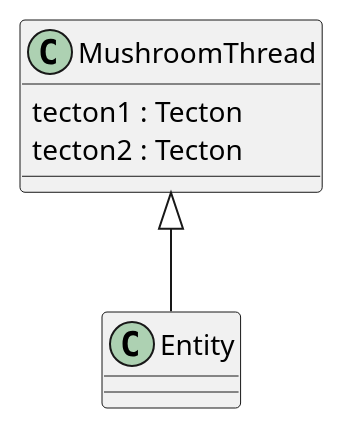
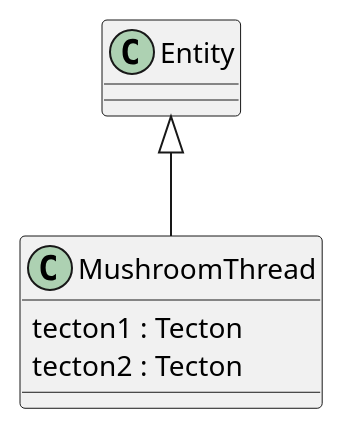
Before and after one commit to Petya-G/fungorium: the diagram in 3/classes/mushroomThread.puml, drawn with PlantUML.

Commit message:
#mushroomThread arrow fix

```diff
--- a/3/classes/mushroomThread.puml
+++ b/3/classes/mushroomThread.puml
@@ -1,8 +1,8 @@
 @startuml mushroomThread
 
-MushroomThread <|-- Entity
+Entity <|-- MushroomThread
 class MushroomThread{
     tecton1 : Tecton
     tecton2 : Tecton
 }
 @enduml
```
